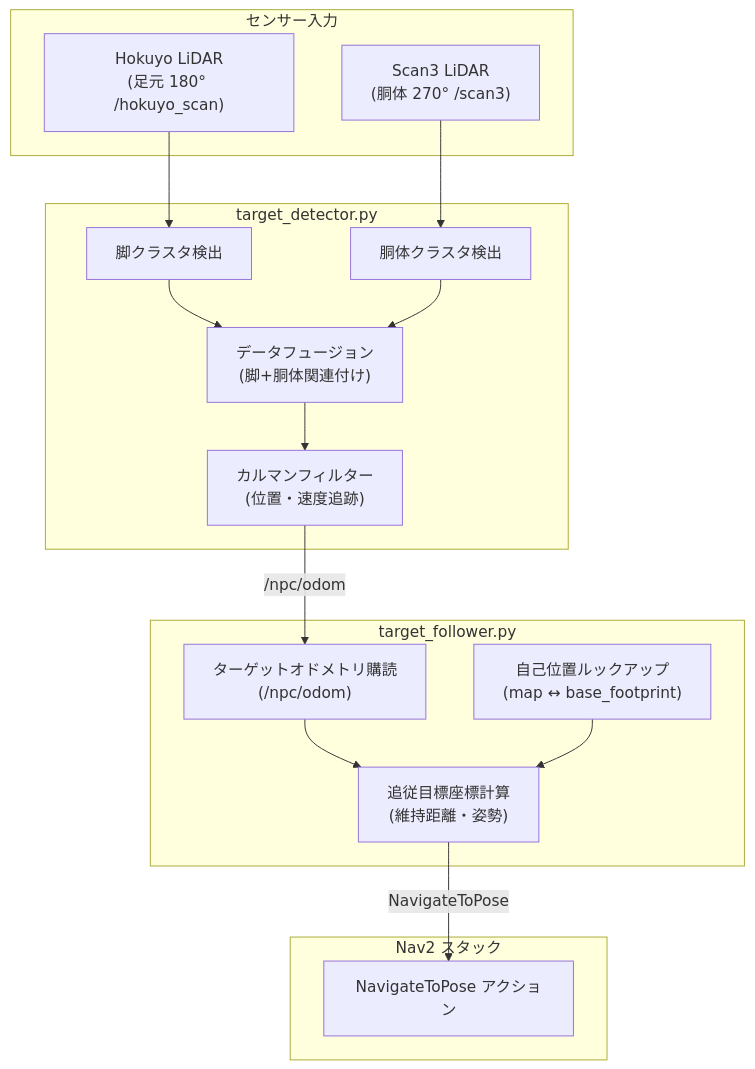
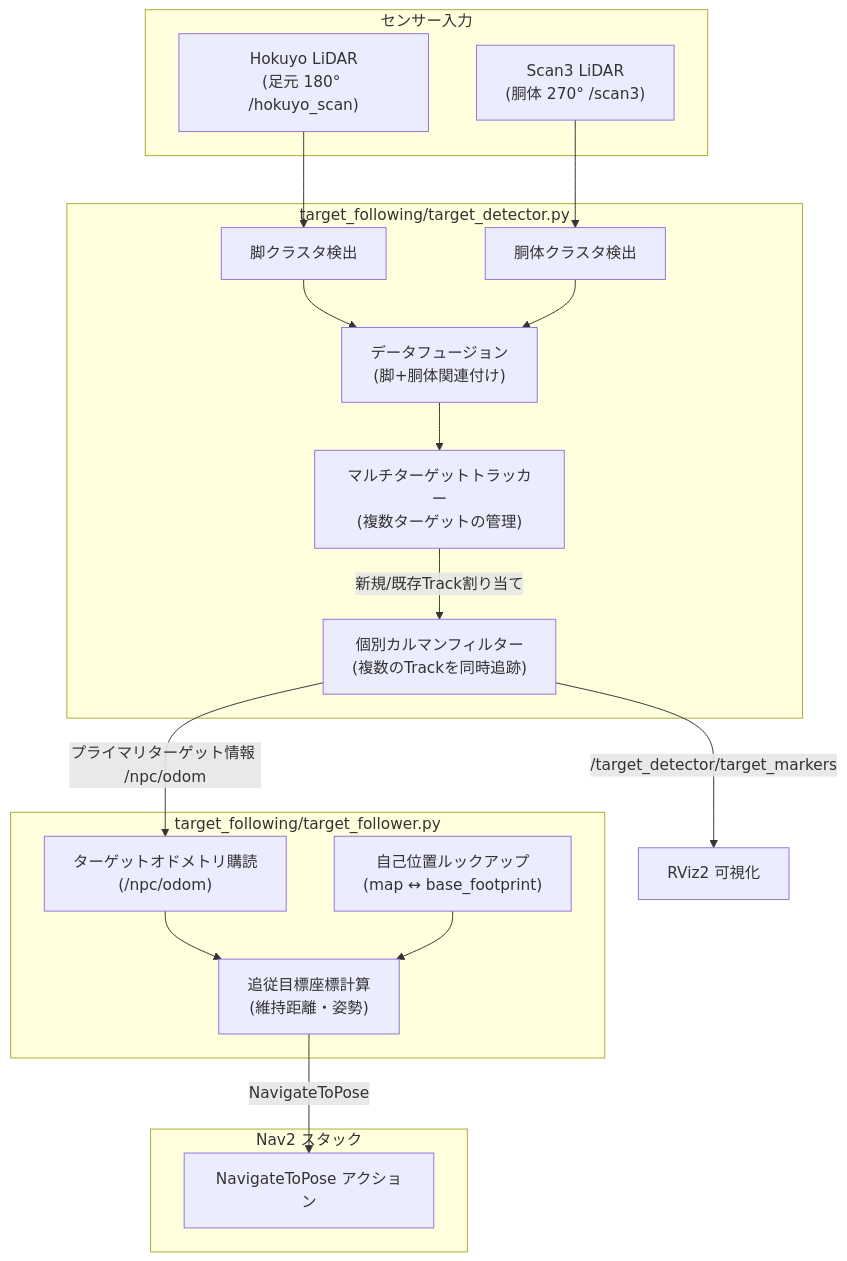
One commit to YakiFrog/sirius_navigation changed the diagram in TARGET_FOLLOW_README.md. Above: the diagram before and after it, drawn with Mermaid. The commit also changed other lines of this file and 5 other files, not shown here.

Commit message:
feat: initialize target_following module package

````diff
--- a/TARGET_FOLLOW_README.md
+++ b/TARGET_FOLLOW_README.md
@@ -11,39 +11,42 @@
 ```mermaid
 graph TD
     %% センサー入力
     subgraph Sensors [センサー入力]
         Hokuyo["Hokuyo LiDAR<br/>(足元 180° /hokuyo_scan)"]
         Scan3["Scan3 LiDAR<br/>(胴体 270° /scan3)"]
     end
 
     %% 検出ノード
-    subgraph DetectorNode [target_detector.py]
+    subgraph DetectorNode [target_following/target_detector.py]
         Legs["脚クラスタ検出"]
         Torso["胴体クラスタ検出"]
         Fusion["データフュージョン<br/>(脚+胴体関連付け)"]
-        KF["カルマンフィルター<br/>(位置・速度追跡)"]
+        MTT["マルチターゲットトラッカー<br/>(複数ターゲットの管理)"]
+        KF["個別カルマンフィルター<br/>(複数のTrackを同時追跡)"]
     end
 
     %% 追従ノード
-    subgraph FollowerNode [target_follower.py]
+    subgraph FollowerNode [target_following/target_follower.py]
         OdomSub["ターゲットオドメトリ購読<br/>(/npc/odom)"]
         TF["自己位置ルックアップ<br/>(map ↔ base_footprint)"]
         Calc["追従目標座標計算<br/>(維持距離・姿勢)"]
     end
 
     %% 出力・アクション
     subgraph Nav2Stack [Nav2 スタック]
         Nav2["NavigateToPose アクション"]
     end
 
     %% 接続関係
     Hokuyo --> Legs
     Scan3 --> Torso
     Legs --> Fusion
     Torso --> Fusion
-    Fusion --> KF
-    KF -->|/npc/odom| OdomSub
+    Fusion --> MTT
+    MTT -->|新規/既存Track割り当て| KF
+    KF -->|/target_detector/target_markers| RViz2[RViz2 可視化]
+    KF -->|プライマリターゲット情報 /npc/odom| OdomSub
     OdomSub --> Calc
     TF --> Calc
     Calc -->|NavigateToPose| Nav2
 ```
````
